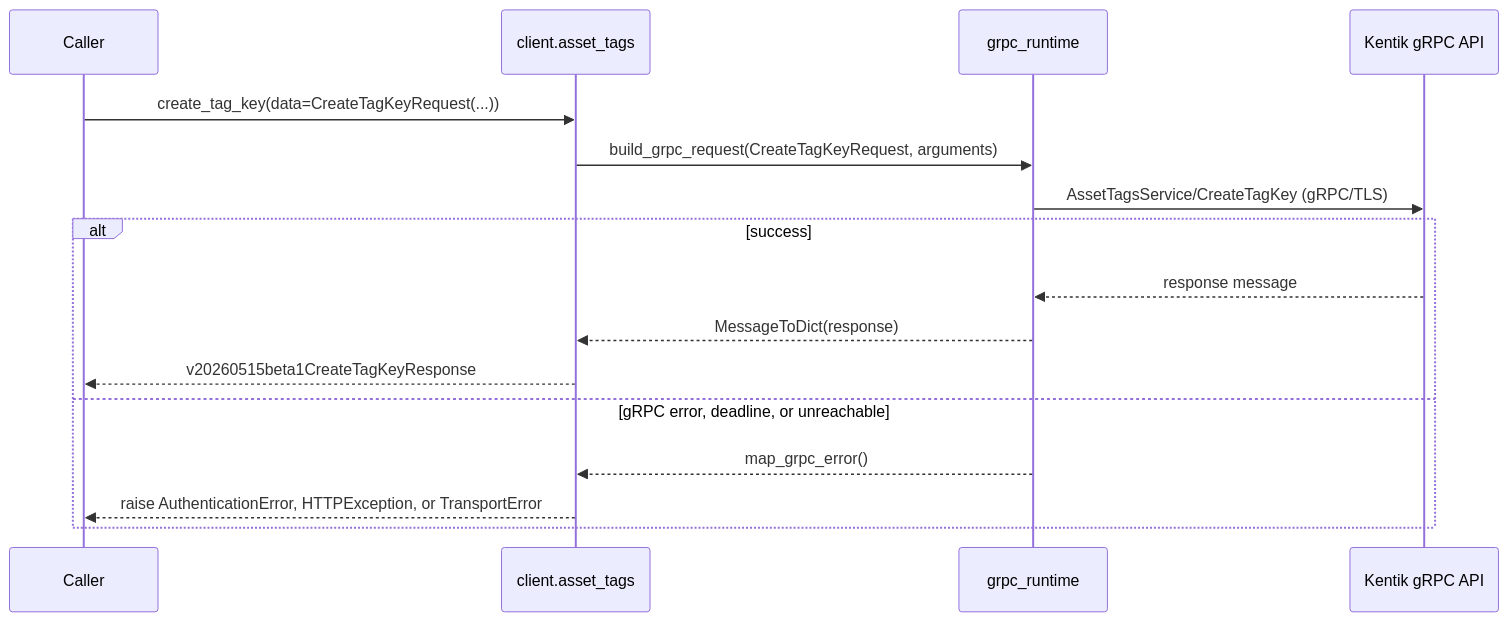
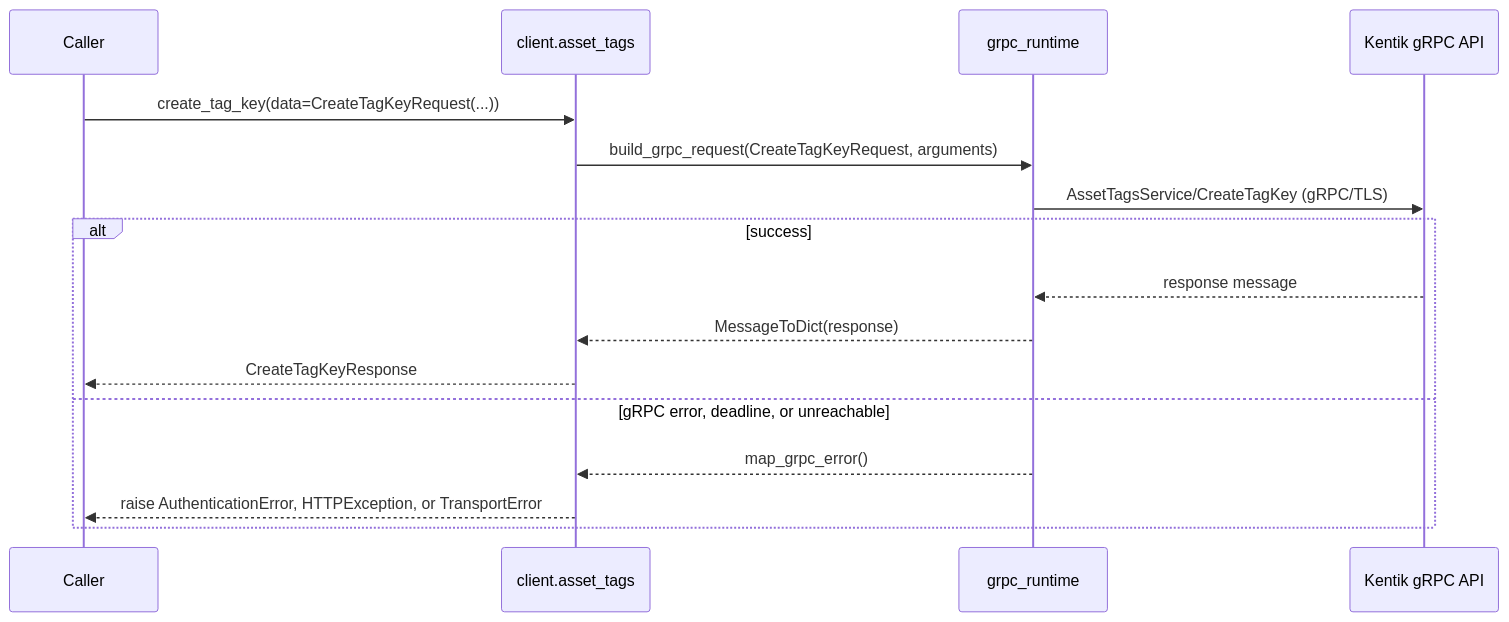
One commit to alexdearaujo/community_sdk_python changed the seventh of 20 diagrams in docs/sphinx/services/asset_tags.md. Above: the diagram before and after it, drawn with Mermaid. The commit also changed other lines of this file and 38 other files, not shown here.

````diff
--- a/docs/sphinx/services/asset_tags.md
+++ b/docs/sphinx/services/asset_tags.md
@@ -205,19 +205,19 @@
 ```mermaid
 sequenceDiagram
     participant C as Caller
     participant W as client.asset_tags
     participant R as grpc_runtime
     participant API as Kentik gRPC API
 
     C->>W: create_tag_key(data=CreateTagKeyRequest(...))
     W->>R: build_grpc_request(CreateTagKeyRequest, arguments)
     R->>API: AssetTagsService/CreateTagKey (gRPC/TLS)
     alt success
         API-->>R: response message
         R-->>W: MessageToDict(response)
-        W-->>C: v20260515beta1CreateTagKeyResponse
+        W-->>C: CreateTagKeyResponse
     else gRPC error, deadline, or unreachable
         R-->>W: map_grpc_error()
         W-->>C: raise AuthenticationError, HTTPException, or TransportError
     end
 ```
````
